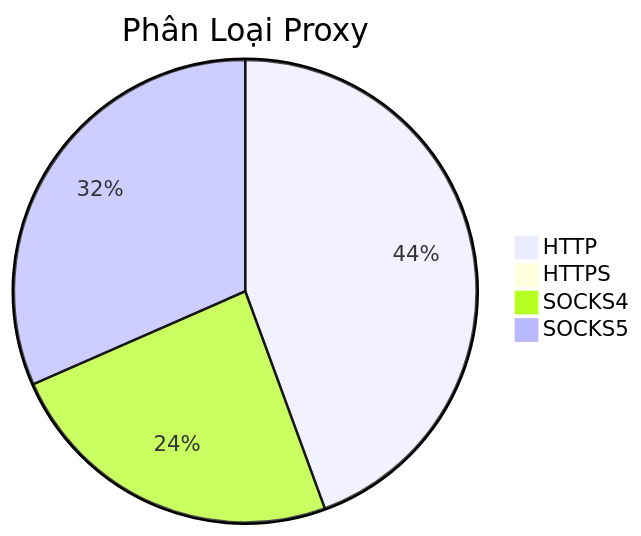
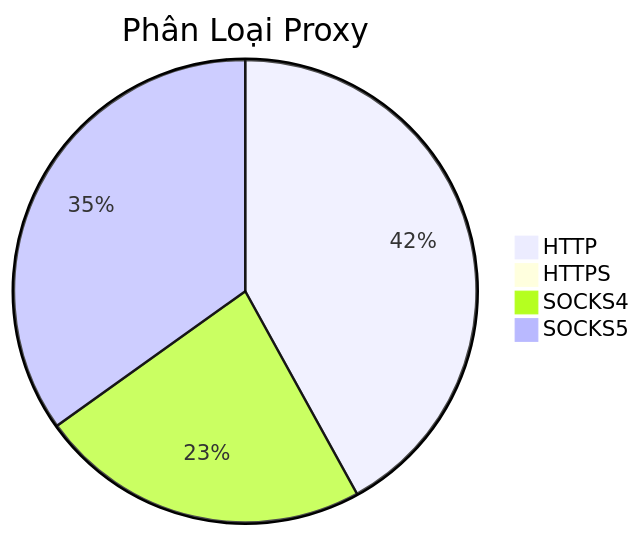
One commit to Ciara-12/PROXY-free changed the diagram in README.md. Above: the diagram before and after it, drawn with Mermaid. The commit also changed other lines of this file and 3 other files, not shown here.

````diff
--- a/README.md
+++ b/README.md
@@ -26,7 +26,7 @@
 ```mermaid
 pie title Phân Loại Proxy
-    "HTTP" : 588
+    "HTTP" : 437
     "HTTPS" : 0
-    "SOCKS4" : 318
-    "SOCKS5" : 418
+    "SOCKS4" : 241
+    "SOCKS5" : 363
 ```
````
